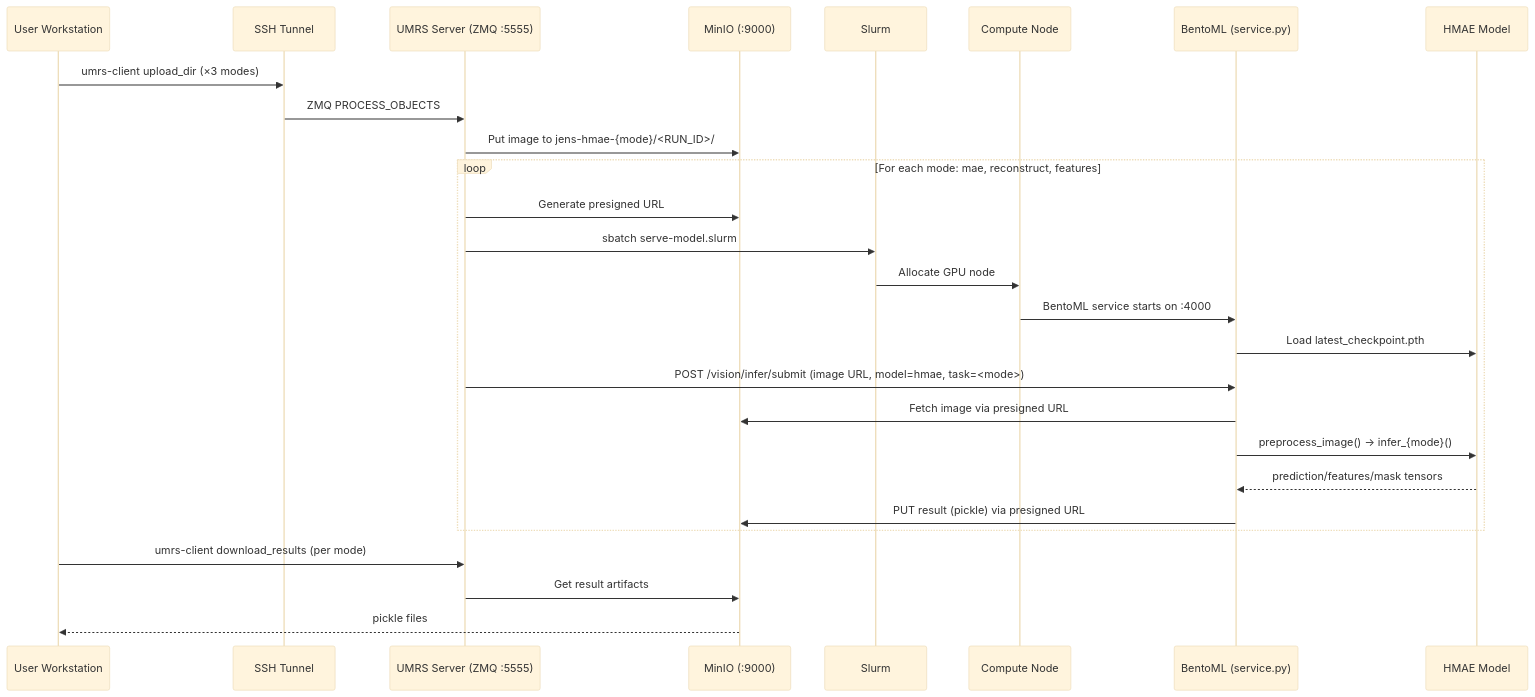
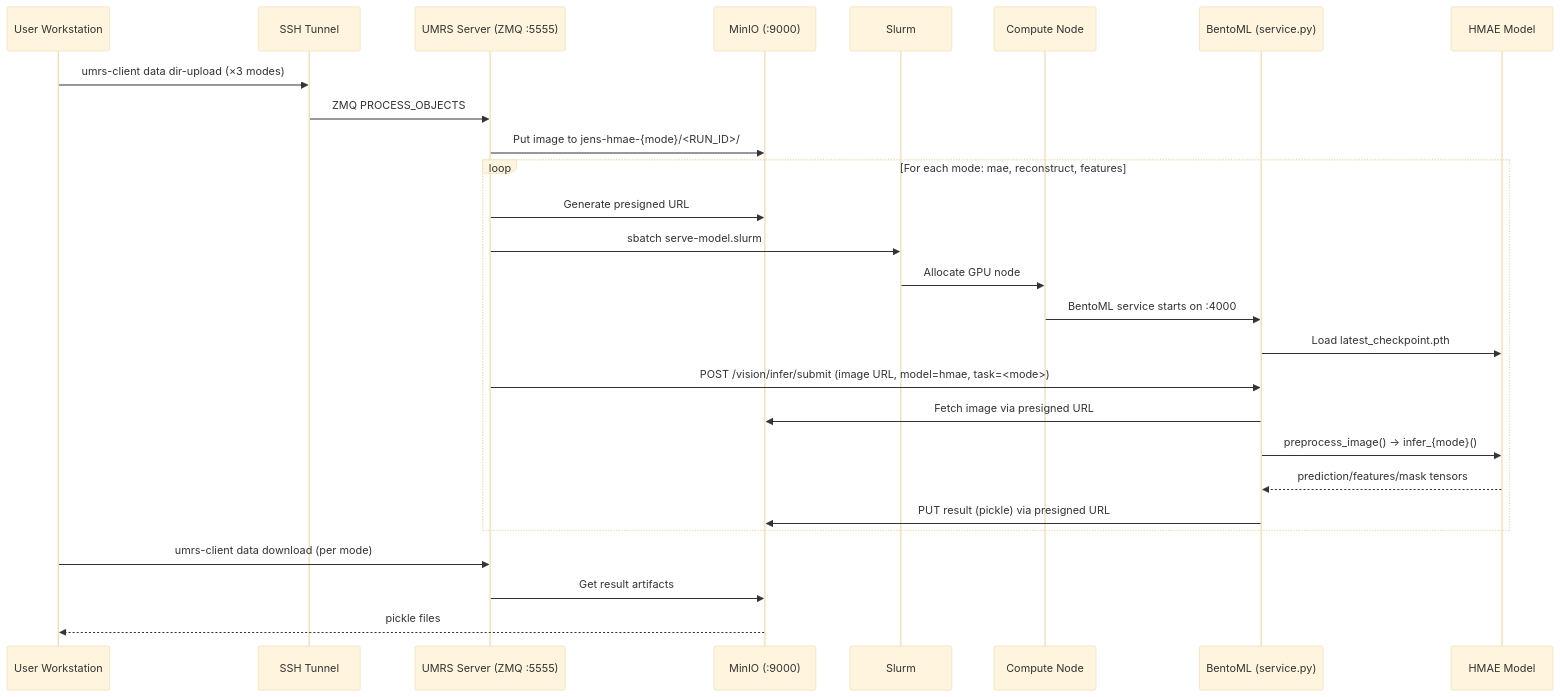
One commit to UMRS-org/umrs changed the diagram in demos_jens/12_hmae_direct/TECHNICAL_FLOW.md. Above: the diagram before and after it, drawn with Mermaid (base theme). The commit also changed other lines of this file and 58 other files, not shown here.

````diff
--- a/demos_jens/12_hmae_direct/TECHNICAL_FLOW.md
+++ b/demos_jens/12_hmae_direct/TECHNICAL_FLOW.md
@@ -5,32 +5,32 @@
 ```mermaid
 sequenceDiagram
     participant U as User Workstation
     participant T as SSH Tunnel
     participant UMRS as UMRS Server (ZMQ :5555)
     participant S3 as MinIO (:9000)
     participant SL as Slurm
     participant CN as Compute Node
     participant BM as BentoML (service.py)
     participant HMAE as HMAE Model
 
-    U->>T: umrs-client upload_dir (×3 modes)
+    U->>T: umrs-client data dir-upload (×3 modes)
     T->>UMRS: ZMQ PROCESS_OBJECTS
     UMRS->>S3: Put image to jens-hmae-{mode}/<RUN_ID>/
 
     loop For each mode: mae, reconstruct, features
         UMRS->>S3: Generate presigned URL
         UMRS->>SL: sbatch serve-model.slurm
         SL->>CN: Allocate GPU node
         CN->>BM: BentoML service starts on :4000
         BM->>HMAE: Load latest_checkpoint.pth
         UMRS->>BM: POST /vision/infer/submit (image URL, model=hmae, task=<mode>)
         BM->>S3: Fetch image via presigned URL
         BM->>HMAE: preprocess_image() → infer_{mode}()
         HMAE-->>BM: prediction/features/mask tensors
         BM->>S3: PUT result (pickle) via presigned URL
     end
 
-    U->>UMRS: umrs-client download_results (per mode)
+    U->>UMRS: umrs-client data download (per mode)
     UMRS->>S3: Get result artifacts
     S3-->>U: pickle files
 ```
````
